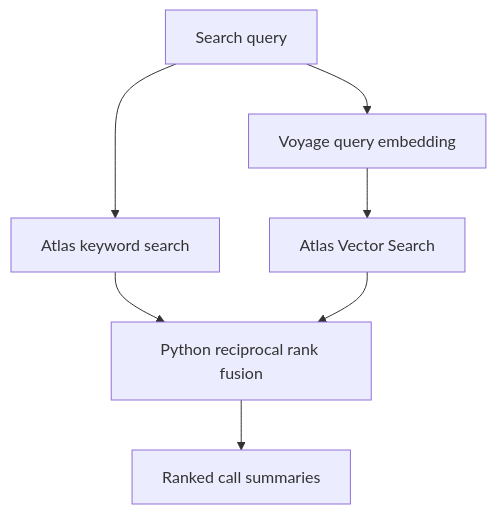
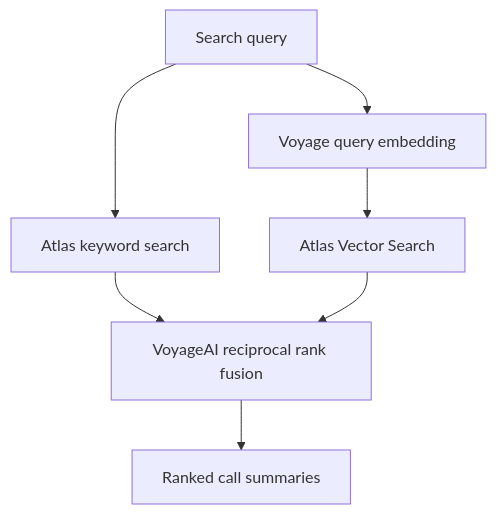
Before and after one commit to jgschmitz/Benefit_Calls_Engine: the diagram in README.md, drawn with Mermaid.

````diff
--- a/README.md
+++ b/README.md
@@ -36,9 +36,9 @@
 ```mermaid
 flowchart TD
     Q[Search query] --> K[Atlas keyword search]
     Q --> V[Voyage query embedding]
     V --> S[Atlas Vector Search]
-    K --> F[Python reciprocal rank fusion]
+    K --> F[VoyageAI reciprocal rank fusion]
     S --> F
     F --> R[Ranked call summaries]
 ```
````
